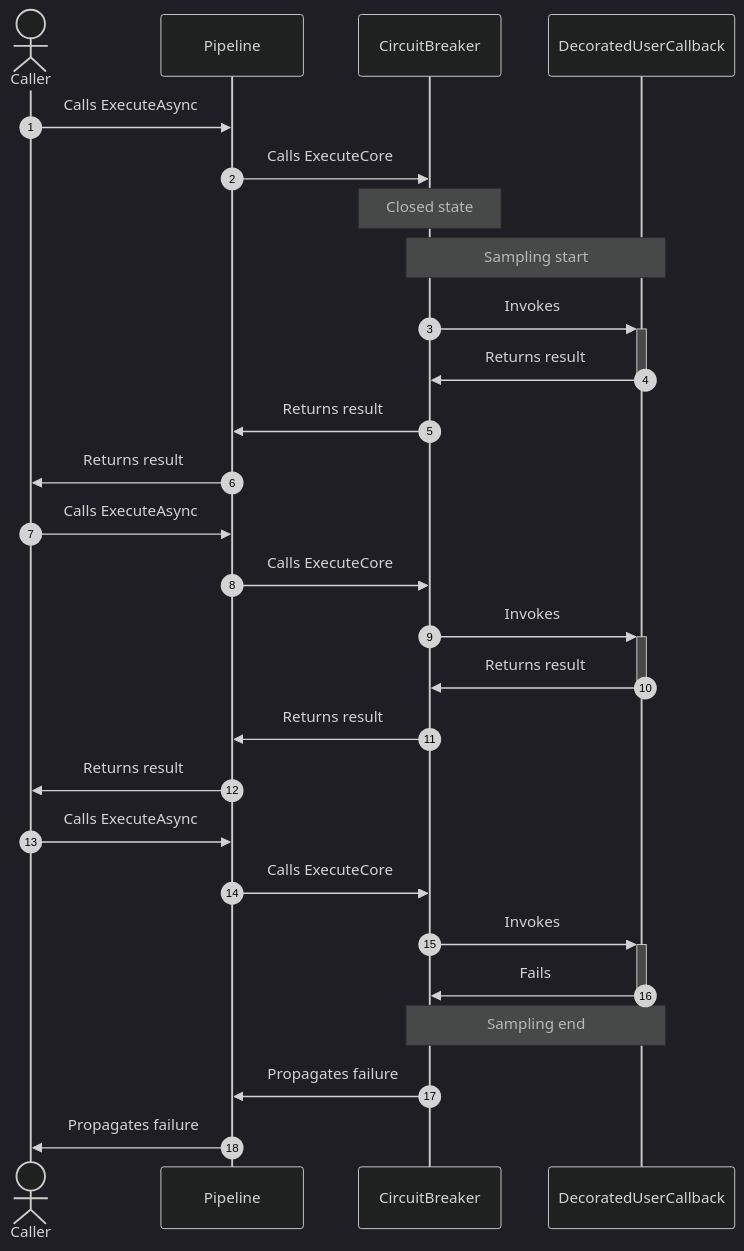
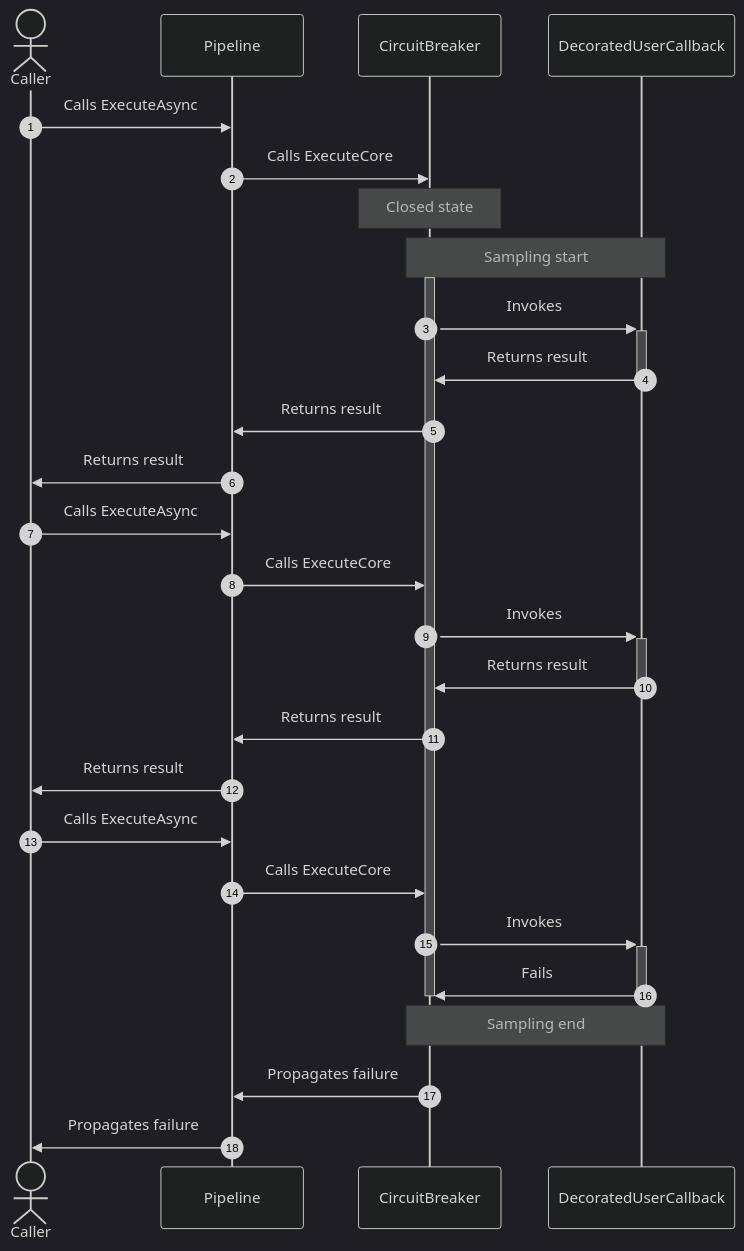
Before and after one commit to App-vNext/Polly: the second of 5 diagrams in docs/strategies/circuit-breaker.md, drawn with Mermaid. The commit also changed other lines of this file, not shown here.

Commit message:
Update circuit breaker diagrams based on feedbacks

````diff
--- a/docs/strategies/circuit-breaker.md
+++ b/docs/strategies/circuit-breaker.md
@@ -118,33 +121,35 @@
 ```mermaid
 %%{init: {'theme':'dark'}}%%
 sequenceDiagram
     autonumber
     actor C as Caller
     participant P as Pipeline
     participant CB as CircuitBreaker
     participant D as DecoratedUserCallback
 
     C->>P: Calls ExecuteAsync
     P->>CB: Calls ExecuteCore
     Note over CB: Closed state
     Note over CB, D: Sampling start
+    activate CB
     CB->>+D: Invokes
     D->>-CB: Returns result
     CB->>P: Returns result
     P->>C: Returns result
 
     C->>P: Calls ExecuteAsync
     P->>CB: Calls ExecuteCore
     CB->>+D: Invokes
     D->>-CB: Returns result
     CB->>P: Returns result
     P->>C: Returns result
 
     C->>P: Calls ExecuteAsync
     P->>CB: Calls ExecuteCore
     CB->>+D: Invokes
     D->>-CB: Fails
+    deactivate CB
     Note over CB, D: Sampling end
     CB->>P: Propagates failure
     P->>C: Propagates failure
 ```
````
